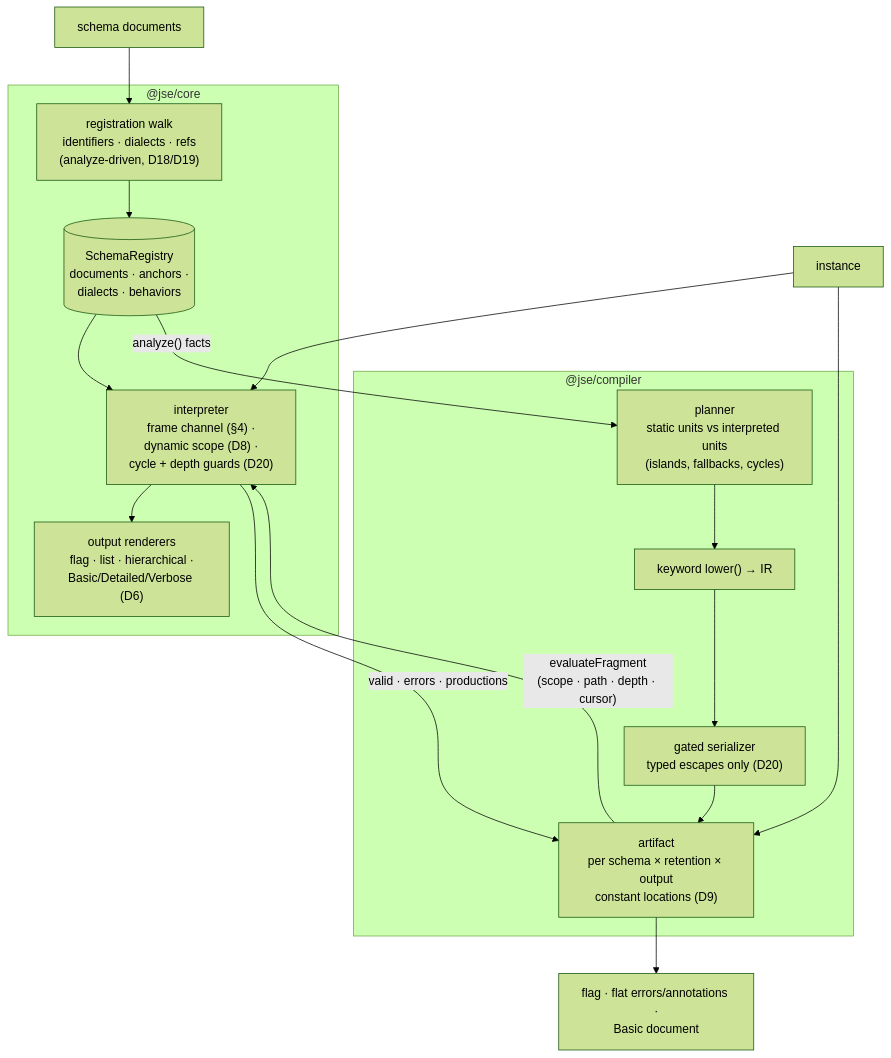
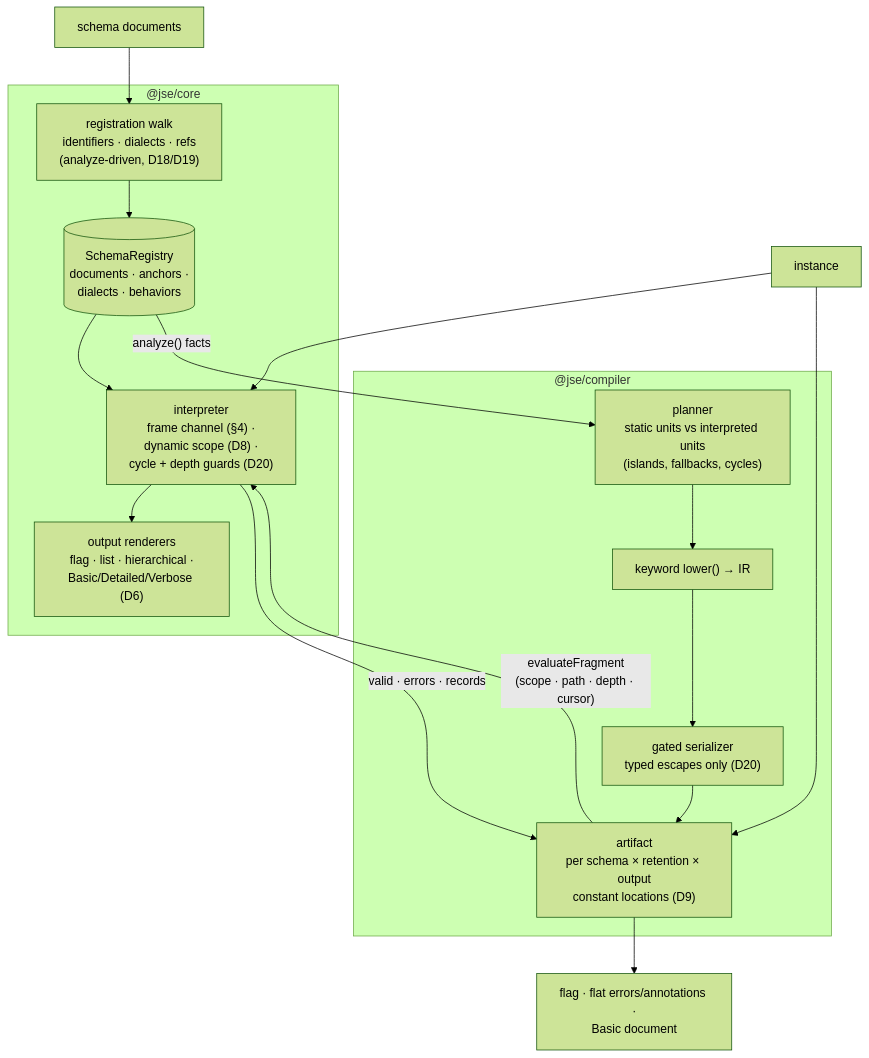
The diagram in docs/architecture.md (handrews/json-schema-engine), drawn with Mermaid (forest theme) before and after one commit. The commit also changed other lines of this file and 38 other files, not shown here.

````diff
--- a/docs/architecture.md
+++ b/docs/architecture.md
@@ -38,25 +38,25 @@
 ```mermaid
 flowchart TD
     SD["schema documents"] --> REG
     subgraph CORE ["@jse/core"]
         REG["registration walk\nidentifiers · dialects · refs\n(analyze-driven, D18/D19)"]
         REG --> RY[("SchemaRegistry\ndocuments · anchors ·\ndialects · behaviors")]
         INT["interpreter\nframe channel (§4) ·\ndynamic scope (D8) ·\ncycle + depth guards (D20)"]
         RY --> INT
         OUT["output renderers\nflag · list · hierarchical ·\nBasic/Detailed/Verbose (D6)"]
         INT --> OUT
     end
     subgraph COMP ["@jse/compiler"]
         PLAN["planner\nstatic units vs interpreted units\n(islands, fallbacks, cycles)"]
         LOWER["keyword lower() → IR"]
         EMIT["gated serializer\ntyped escapes only (D20)"]
         ART["artifact\nper schema × retention × output\nconstant locations (D9)"]
         PLAN --> LOWER --> EMIT --> ART
     end
     RY -- "analyze() facts" --> PLAN
     ART -- "evaluateFragment\n(scope · path · depth · cursor)" --> INT
-    INT -- "valid · errors · productions" --> ART
+    INT -- "valid · errors · records" --> ART
     INS["instance"] --> INT
     INS --> ART
     ART --> OUT2["flag · flat errors/annotations ·\nBasic document"]
 ```
````
